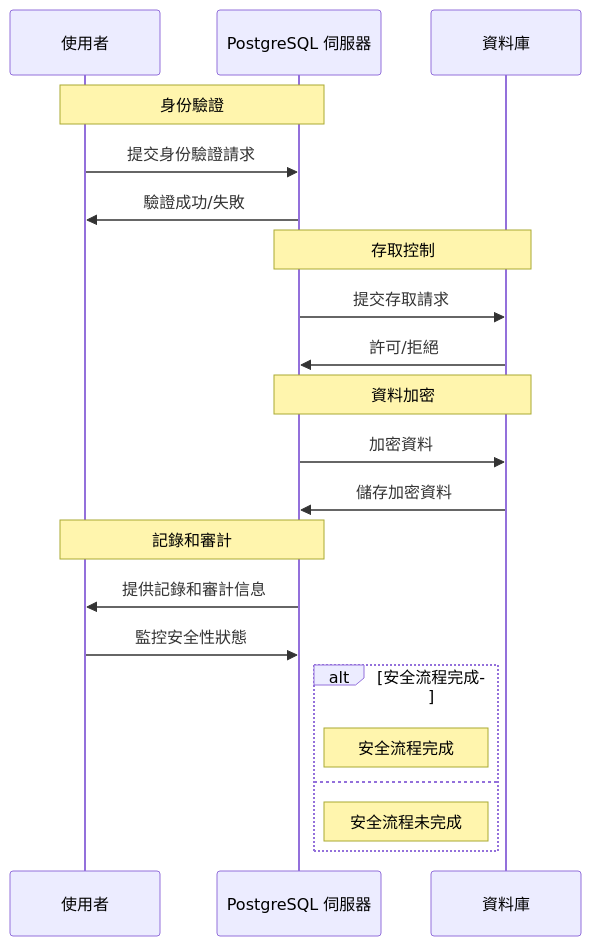
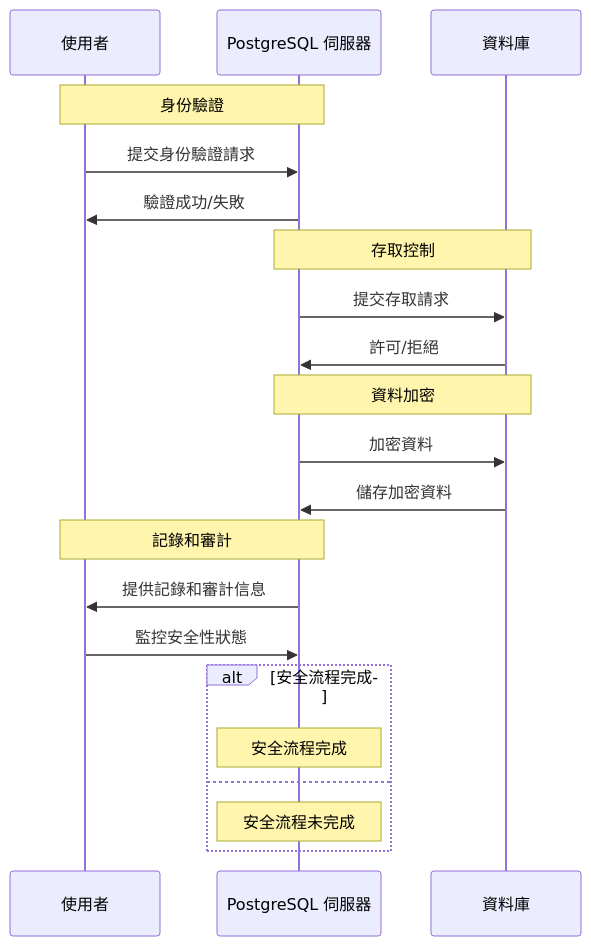
Before and after one commit to a920604a/engineernews: the diagram in src/content/posts/tech/2026-04-25-why-is-postgresql-the-most-secured-system-in-the-world.md, drawn with Mermaid. The commit also changed 3 other files, not shown here.

Commit message:
fix: auto-fix mermaid syntax errors in posts

````diff
--- a/src/content/posts/tech/2026-04-25-why-is-postgresql-the-most-secured-system-in-the-world.md
+++ b/src/content/posts/tech/2026-04-25-why-is-postgresql-the-most-secured-system-in-the-world.md
@@ -29,28 +29,28 @@
 ```mermaid
 sequenceDiagram
     participant Client as 使用者
     participant Server as PostgreSQL 伺服器
     participant Database as 資料庫
 
     Note over Client,Server: 身份驗證
     Client->>Server: 提交身份驗證請求
     Server->>Client: 驗證成功/失敗
 
     Note over Server,Database: 存取控制
     Server->>Database: 提交存取請求
     Database->>Server: 許可/拒絕
 
     Note over Server,Database: 資料加密
     Server->>Database: 加密資料
     Database->>Server: 儲存加密資料
 
     Note over Server,Client: 記錄和審計
     Server->>Client: 提供記錄和審計信息
     Client->>Server: 監控安全性狀態
 
     alt 安全流程完成
-        Note right of Server: 安全流程完成
+        Note over Server: 安全流程完成
     else
-        Note right of Server: 安全流程未完成
+        Note over Server: 安全流程未完成
     end
 ```
````
